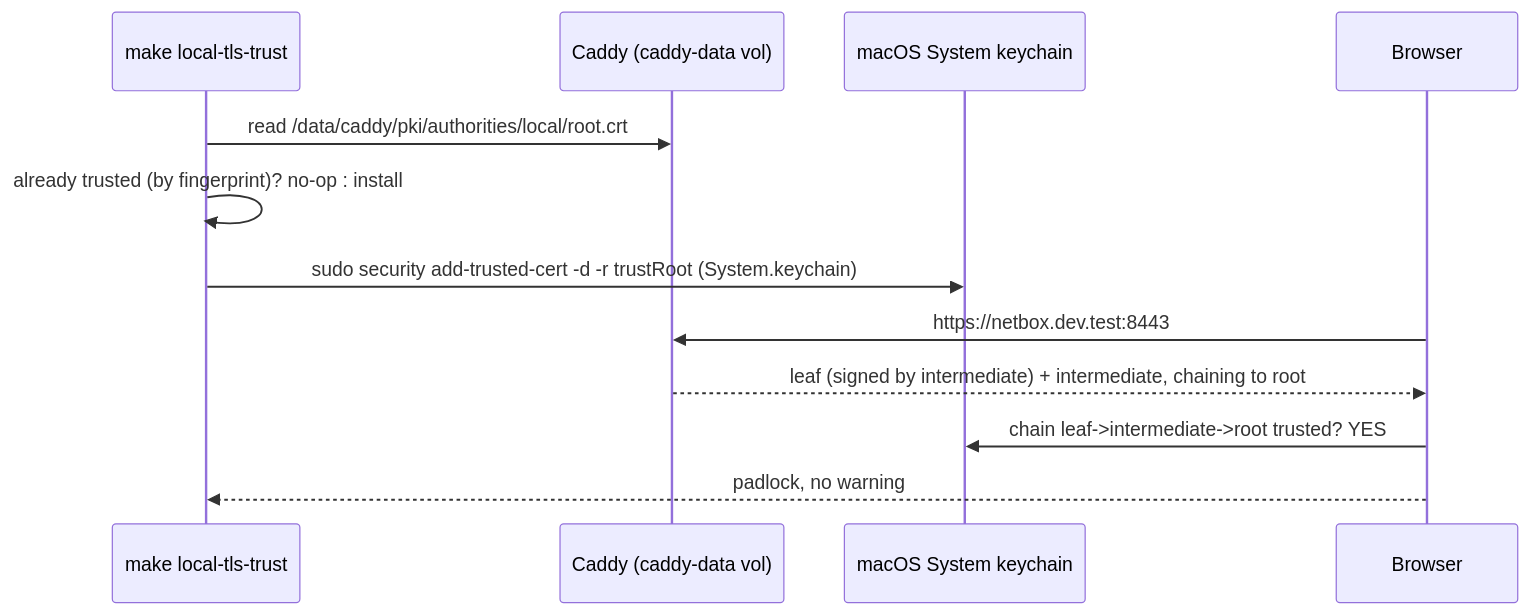
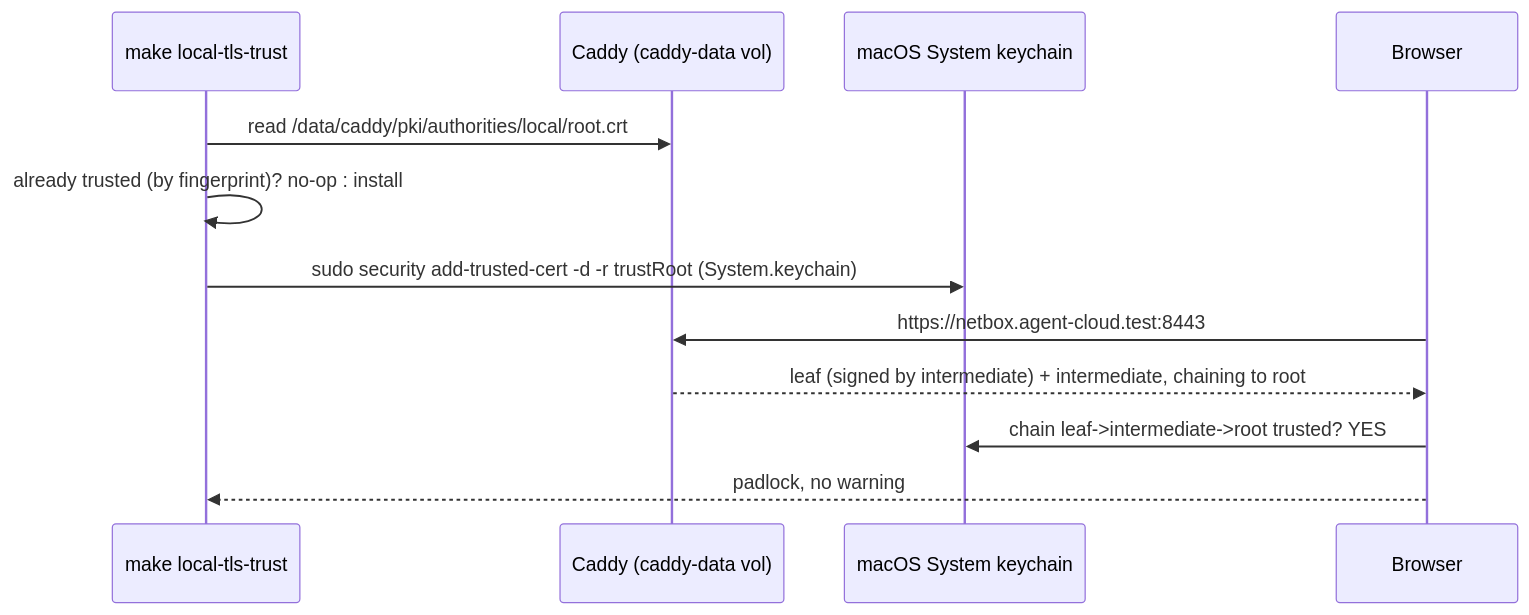
Before and after one commit to uhstray-io/agent-cloud: the diagram in plan/development/LOCAL-DEV-TLS-TRUST.md, drawn with Mermaid. The commit also changed other lines of this file and 21 other files, not shown here.

````diff
--- a/plan/development/LOCAL-DEV-TLS-TRUST.md
+++ b/plan/development/LOCAL-DEV-TLS-TRUST.md
@@ -50,14 +50,14 @@
 ```mermaid
 sequenceDiagram
     participant DEV as make local-tls-trust
     participant CAD as Caddy (caddy-data vol)
     participant KC as macOS System keychain
     participant BR as Browser
     DEV->>CAD: read /data/caddy/pki/authorities/local/root.crt
     DEV->>DEV: already trusted (by fingerprint)? no-op : install
     DEV->>KC: sudo security add-trusted-cert -d -r trustRoot (System.keychain)
-    BR->>CAD: https://netbox.dev.test:8443
+    BR->>CAD: https://netbox.agent-cloud.test:8443
     CAD-->>BR: leaf (signed by intermediate) + intermediate, chaining to root
     BR->>KC: chain leaf->intermediate->root trusted? YES
     BR-->>DEV: padlock, no warning
 ```
````
